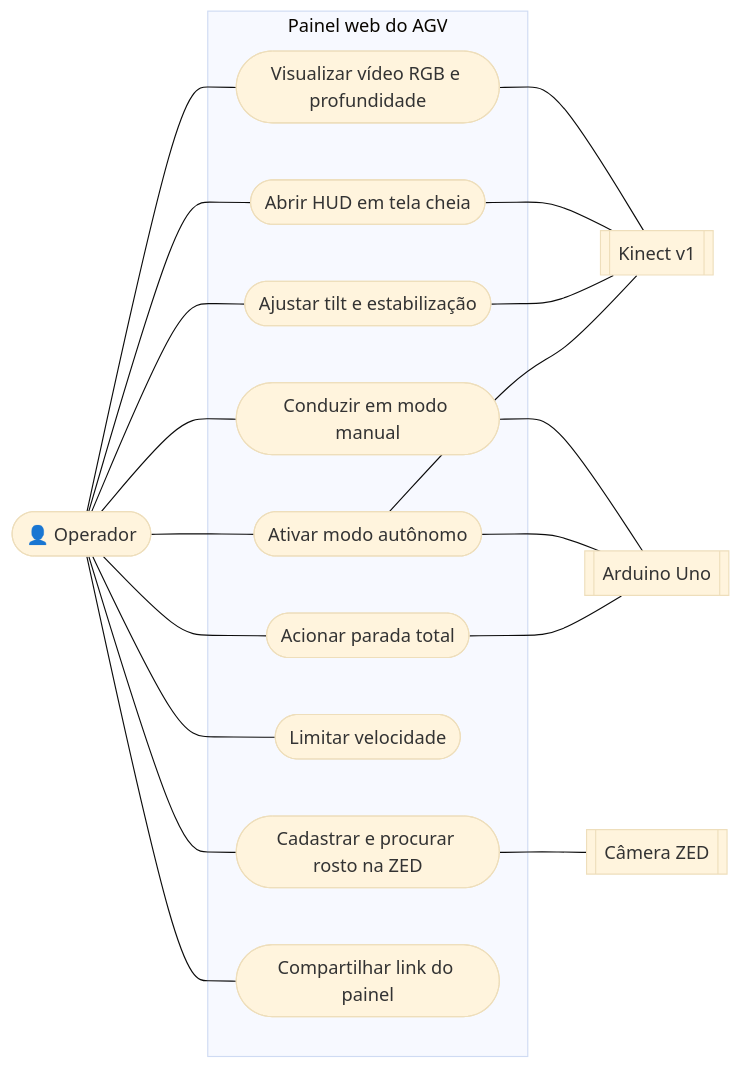
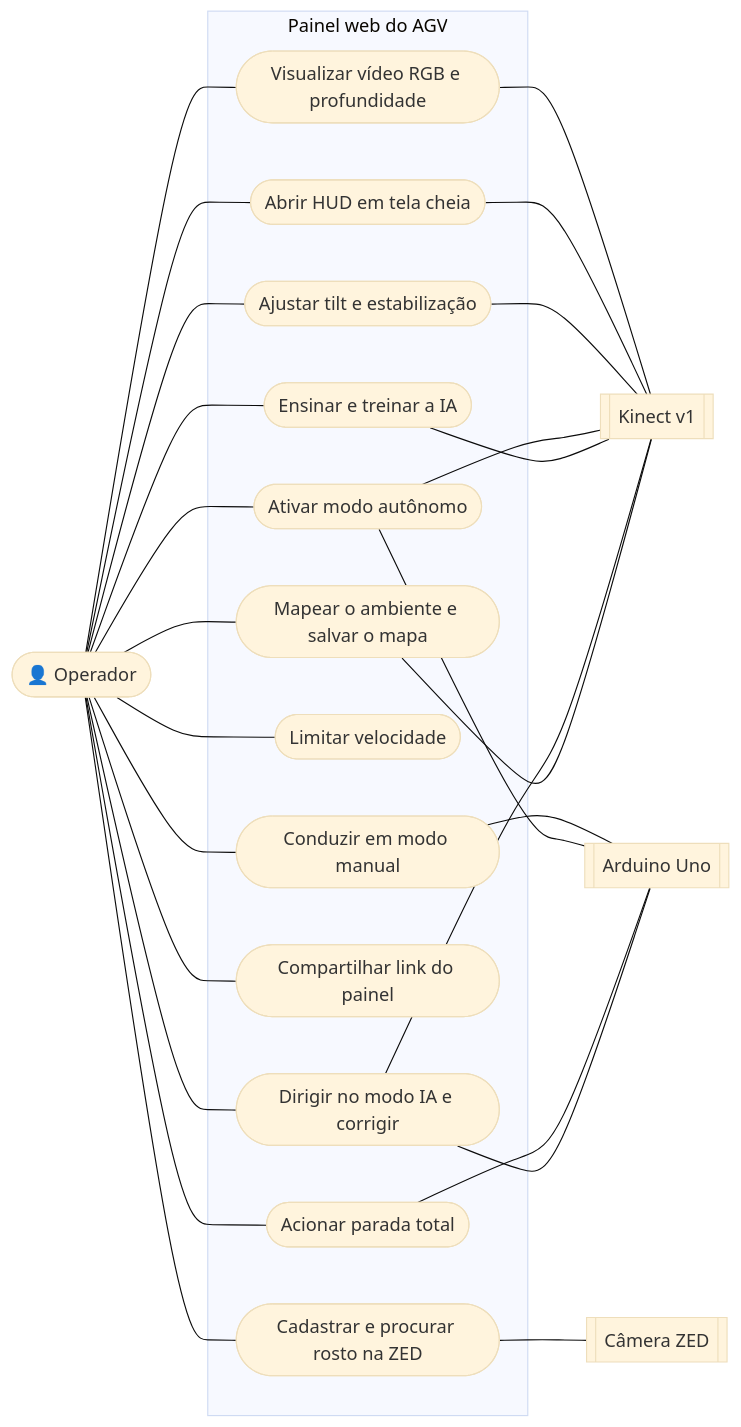
Before and after one commit to Kauan-V-Marques/AGV: the eighth of 8 diagrams in README.md, drawn with Mermaid (base theme). The commit also changed other lines of this file and 9 other files, not shown here.

````diff
--- a/README.md
+++ b/README.md
@@ -770,27 +919,34 @@
 ```mermaid
 flowchart LR
     OP(["👤 Operador"])
     subgraph Painel["Painel web do AGV"]
         UC1(["Visualizar vídeo RGB e profundidade"])
         UC2(["Abrir HUD em tela cheia"])
         UC3(["Conduzir em modo manual"])
         UC4(["Ativar modo autônomo"])
         UC5(["Acionar parada total"])
         UC6(["Ajustar tilt e estabilização"])
         UC7(["Limitar velocidade"])
         UC8(["Cadastrar e procurar rosto na ZED"])
         UC9(["Compartilhar link do painel"])
+        UC10(["Ensinar e treinar a IA"])
+        UC11(["Dirigir no modo IA e corrigir"])
+        UC12(["Mapear o ambiente e salvar o mapa"])
     end
     KIN[["Kinect v1"]]
     ARD[["Arduino Uno"]]
     ZED[["Câmera ZED"]]
-    OP --- UC1 & UC2 & UC3 & UC4 & UC5 & UC6 & UC7 & UC8 & UC9
+    OP --- UC1 & UC2 & UC3 & UC4 & UC5 & UC6 & UC7 & UC8 & UC9 & UC10 & UC11 & UC12
     UC1 --- KIN
     UC2 --- KIN
     UC6 --- KIN
     UC3 --- ARD
     UC4 --- ARD
     UC5 --- ARD
     UC4 --- KIN
     UC8 --- ZED
+    UC10 --- KIN
+    UC11 --- ARD
+    UC11 --- KIN
+    UC12 --- KIN
 ```
````
